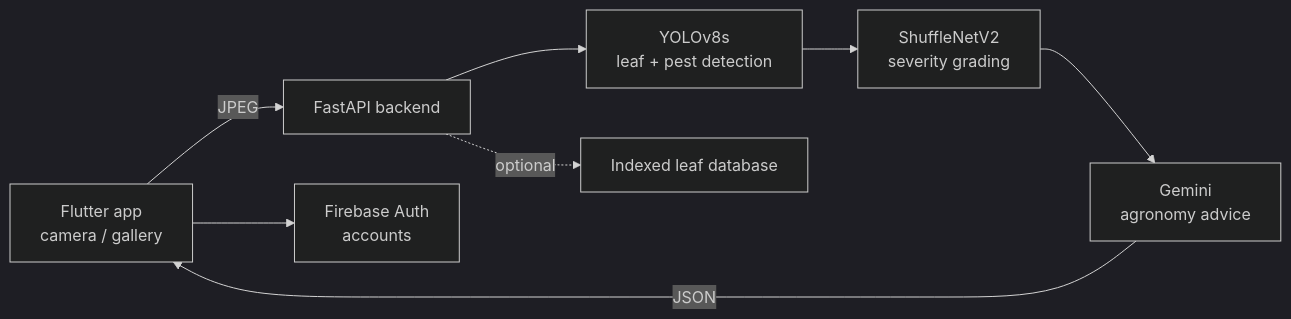
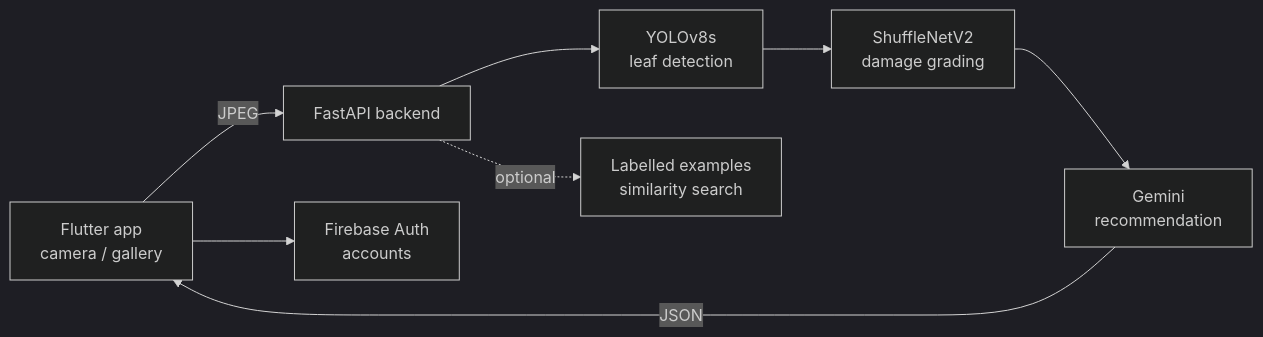
The diagram in README.md (Mohammad-Kamal23/CropEye), drawn with Mermaid (dark theme) before and after one commit. The commit also changed other lines of this file, not shown here.

````diff
--- a/README.md
+++ b/README.md
@@ -24,10 +24,10 @@
 ```mermaid
 flowchart LR
     A[Flutter app<br/>camera / gallery] -- JPEG --> B[FastAPI backend]
-    B --> C[YOLOv8s<br/>leaf + pest detection]
-    C --> D[ShuffleNetV2<br/>severity grading]
-    D --> E[Gemini<br/>agronomy advice]
-    B -. optional .-> F[Indexed leaf database]
+    B --> C[YOLOv8s<br/>leaf detection]
+    C --> D[ShuffleNetV2<br/>damage grading]
+    D --> E[Gemini<br/>recommendation]
+    B -. optional .-> F[Labelled examples<br/>similarity search]
     E -- JSON --> A
     A --> G[Firebase Auth<br/>accounts]
 ```
````
